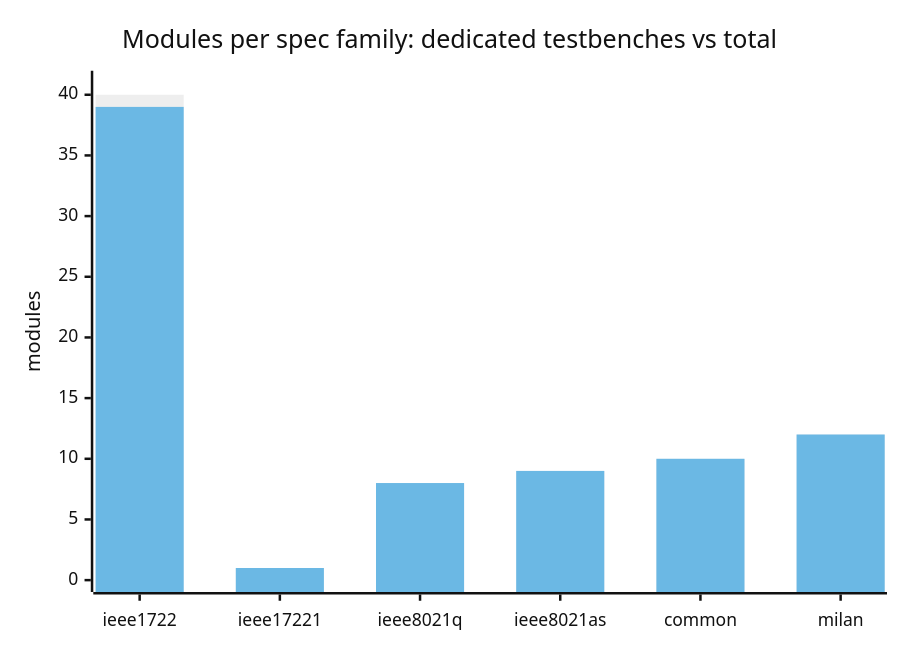
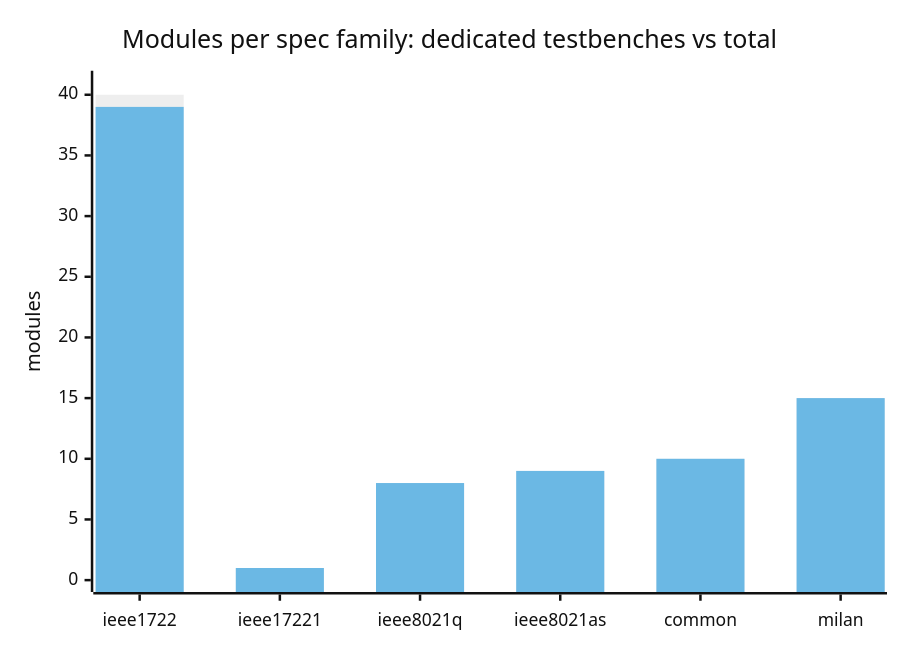
The diagram in docs/traceability/MODULE_MATRIX.md (kebag-logic/milan-fpga), drawn with Mermaid (neutral theme) before and after one commit. The commit also changed other lines of this file and 9 other files, not shown here.

````diff
--- a/docs/traceability/MODULE_MATRIX.md
+++ b/docs/traceability/MODULE_MATRIX.md
@@ -30,8 +30,8 @@
 ```mermaid
 xychart-beta
     title "Modules per spec family: dedicated testbenches vs total"
     x-axis ["ieee1722", "ieee17221", "ieee8021q", "ieee8021as", "common", "milan"]
     y-axis "modules" 0 --> 41
-    bar [40, 1, 8, 9, 10, 12]
-    bar [39, 1, 8, 9, 10, 12]
+    bar [40, 1, 8, 9, 10, 15]
+    bar [39, 1, 8, 9, 10, 15]
 ```
````
